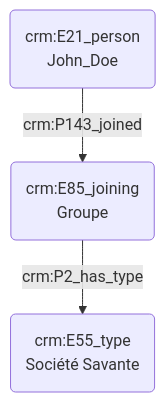
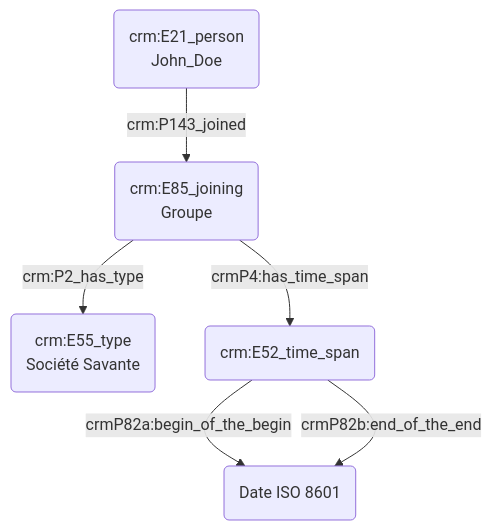
One commit to Amleth/consortium-musica2-gt2-ontologies changed the diagram in modules/livrables/Dossier 2/Prosopographie/appartenance à un groupe social.md. Above: the diagram before and after it, drawn with Mermaid.

Commit message:
Update appartenance à un groupe social.md

````diff
--- a/modules/livrables/Dossier 2/Prosopographie/appartenance à un groupe social.md
+++ b/modules/livrables/Dossier 2/Prosopographie/appartenance à un groupe social.md
@@ -11,7 +11,11 @@
 ```mermaid
 graph TD;
 
 A(crm:E21_person<br>John_Doe) -->|crm:P143_joined| B(crm:E85_joining<br>Groupe)
 B(crm:E85_joining<br>Groupe) -->|crm:P2_has_type| C(crm:E55_type<br>Société Savante)
+B(crm:E85_joining<br>Groupe) --> |crmP4:has_time_span| D(crm:E52_time_span)
+D(crm:E52_time_span) --> |crmP82a:begin_of_the_begin| E(Date ISO 8601)
+D(crm:E52_time_span) --> |crmP82b:end_of_the_end| E(Date ISO 8601)
+
 
 ```
````
